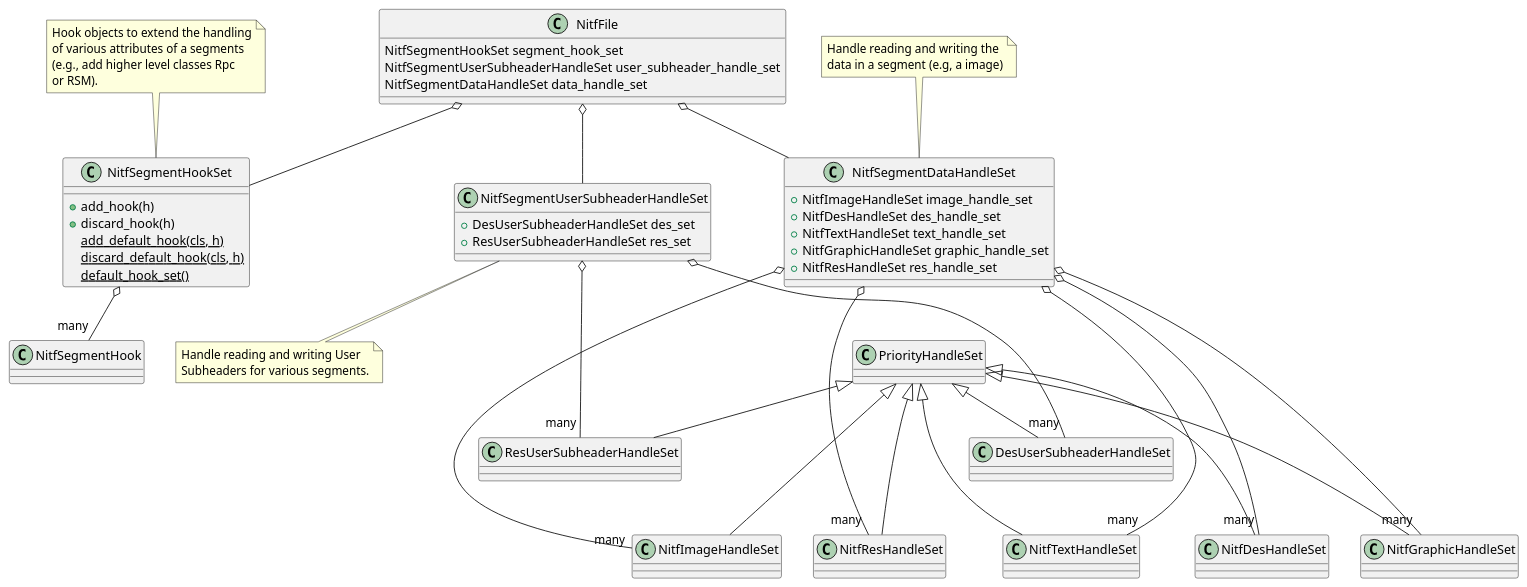
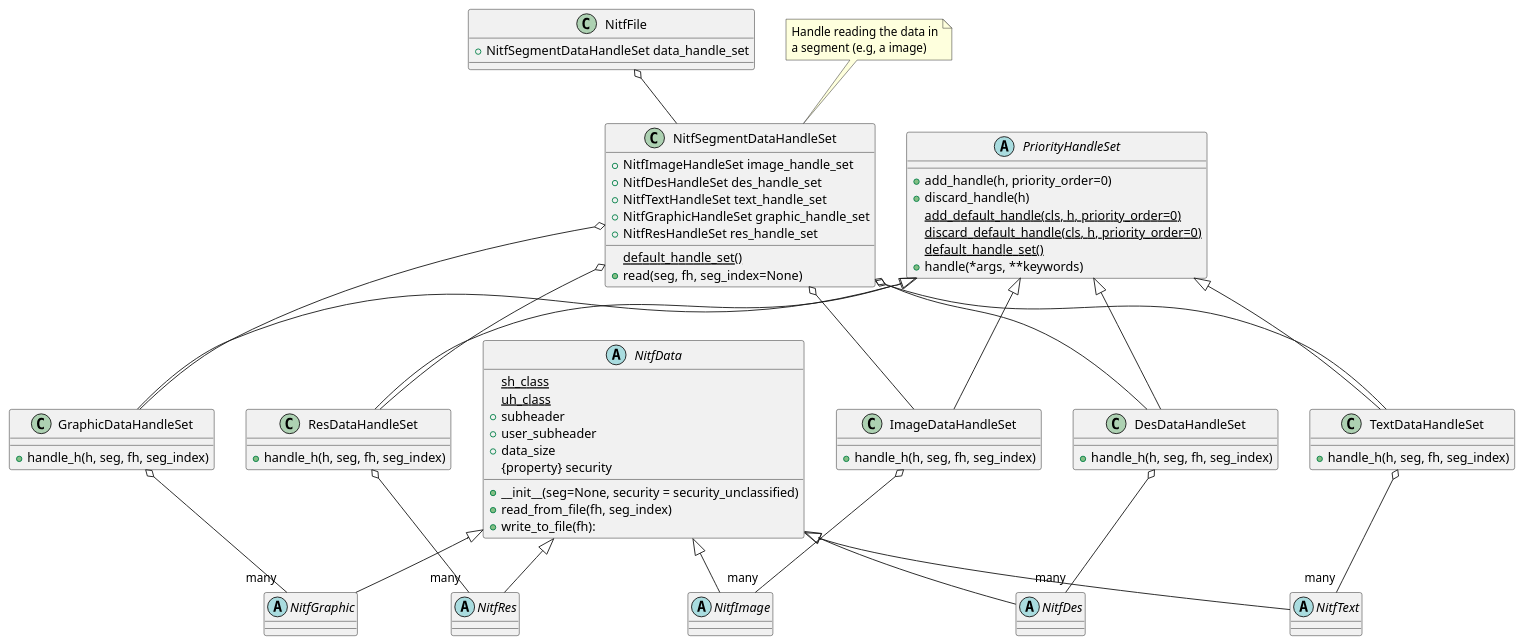
The fifth of 6 diagrams in doc/nitf_file.rst (Cartography-jpl/pynitf), drawn with PlantUML before and after one commit. The commit also changed 8 other files, not shown here.

```diff
--- a/doc/nitf_file.rst
+++ b/doc/nitf_file.rst
@@ -338,82 +339,92 @@
    :caption: NitfSegmentDataHandleSet
 
    class NitfFile {
-      NitfSegmentHookSet segment_hook_set
-      NitfSegmentUserSubheaderHandleSet user_subheader_handle_set
-      NitfSegmentDataHandleSet data_handle_set
+      +NitfSegmentDataHandleSet data_handle_set
    }
 
-   class NitfSegmentHookSet {
-      +add_hook(h)
-      +discard_hook(h)
-      {static} add_default_hook(cls, h)
-      {static} discard_default_hook(cls, h)
-      {static} default_hook_set()
-      }
-   note top
-     Hook objects to extend the handling
-     of various attributes of a segments
-     (e.g., add higher level classes Rpc
-     or RSM).
-   end note
-
-   class NitfSegmentHook
-   
-   class NitfSegmentUserSubheaderHandleSet {
-      +DesUserSubheaderHandleSet des_set
-      +ResUserSubheaderHandleSet res_set
-   }
-   note bottom
-      Handle reading and writing User 
-      Subheaders for various segments.
-   end note
-
-   class PriorityHandleSet
-
-   class DesUserSubheaderHandleSet
-   
-   class ResUserSubheaderHandleSet
-   
    class NitfSegmentDataHandleSet {
      +NitfImageHandleSet image_handle_set
      +NitfDesHandleSet des_handle_set
      +NitfTextHandleSet text_handle_set
      +NitfGraphicHandleSet graphic_handle_set
      +NitfResHandleSet res_handle_set
+     {static} default_handle_set()
+     +read(seg, fh, seg_index=None)
    }
    note top
-      Handle reading and writing the
-      data in a segment (e.g, a image)
+      Handle reading the data in
+      a segment (e.g, a image)
    end note
 
-   class NitfImageHandleSet
-   class NitfDesHandleSet
-   class NitfTextHandleSet
-   class NitfGraphicHandleSet
-   class NitfResHandleSet 
+   abstract class PriorityHandleSet {
+      +add_handle(h, priority_order=0)
+      +discard_handle(h)
+      {static} add_default_handle(cls, h, priority_order=0)
+      {static} discard_default_handle(cls, h, priority_order=0)
+      {static} default_handle_set()
+      +handle(*args, **keywords)
+   }
    
-   NitfFile o--  NitfSegmentHookSet
-   NitfFile o--  NitfSegmentUserSubheaderHandleSet
+   class ImageDataHandleSet {
+      +handle_h(h, seg, fh, seg_index)
+   }
+   
+   class DesDataHandleSet {
+      +handle_h(h, seg, fh, seg_index)
+   }
+   
+   class TextDataHandleSet {
+      +handle_h(h, seg, fh, seg_index)
+   }
+   
+   class GraphicDataHandleSet {
+      +handle_h(h, seg, fh, seg_index)
+   }
+   
+   class ResDataHandleSet  {
+      +handle_h(h, seg, fh, seg_index)
+   }
+   
+   abstract class NitfData {
+      {static} sh_class
+      {static} uh_class
+      +subheader
+      +user_subheader
+      +data_size
+      +__init__(seg=None, security = security_unclassified)
+      +read_from_file(fh, seg_index)
+      +write_to_file(fh):
+      {property} security
+   }
+
+   abstract class NitfImage
+   abstract class NitfDes
+   abstract class NitfText
+   abstract class NitfGraphic
+   abstract class NitfRes
+
    NitfFile o--  NitfSegmentDataHandleSet
-   NitfSegmentHookSet o-- "many" NitfSegmentHook
-   NitfSegmentUserSubheaderHandleSet o-- "many" DesUserSubheaderHandleSet
-   NitfSegmentUserSubheaderHandleSet o-- "many" ResUserSubheaderHandleSet
-   NitfSegmentDataHandleSet o-- "many" NitfImageHandleSet
-   NitfSegmentDataHandleSet o-- "many" NitfDesHandleSet
-   NitfSegmentDataHandleSet o-- "many" NitfTextHandleSet
-   NitfSegmentDataHandleSet o-- "many" NitfGraphicHandleSet
-   NitfSegmentDataHandleSet o-- "many" NitfResHandleSet
-   NitfSegmentUserSubheaderHandleSet -[hidden]- PriorityHandleSet
-   NitfSegmentDataHandleSet -[hidden]- PriorityHandleSet
-   DesUserSubheaderHandleSet -[hidden]- NitfImageHandleSet
-   DesUserSubheaderHandleSet -[hidden]- NitfDesHandleSet
-   DesUserSubheaderHandleSet -[hidden]- NitfTextHandleSet
-   DesUserSubheaderHandleSet -[hidden]- NitfGraphicHandleSet
-   DesUserSubheaderHandleSet -[hidden]- NitfResHandleSet
-   PriorityHandleSet <|-- DesUserSubheaderHandleSet
-   PriorityHandleSet <|-- ResUserSubheaderHandleSet
-   PriorityHandleSet <|-- NitfImageHandleSet
-   PriorityHandleSet <|-- NitfDesHandleSet
-   PriorityHandleSet <|-- NitfTextHandleSet
-   PriorityHandleSet <|-- NitfGraphicHandleSet
-   PriorityHandleSet <|-- NitfResHandleSet
+   NitfSegmentDataHandleSet o-- ImageDataHandleSet
+   ImageDataHandleSet o-- "many" NitfImage
+   PriorityHandleSet <|-- ImageDataHandleSet
+   NitfData <|-- NitfImage
+
+   NitfSegmentDataHandleSet o-- DesDataHandleSet
+   DesDataHandleSet o-- "many" NitfDes
+   PriorityHandleSet <|-- DesDataHandleSet
+   NitfData <|-- NitfDes
+
+   NitfSegmentDataHandleSet o-- TextDataHandleSet
+   TextDataHandleSet o-- "many" NitfText
+   PriorityHandleSet <|-- TextDataHandleSet
+   NitfData <|-- NitfText
+   
+   NitfSegmentDataHandleSet o-- GraphicDataHandleSet
+   GraphicDataHandleSet o-- "many" NitfGraphic
+   PriorityHandleSet <|-- GraphicDataHandleSet
+   NitfData <|-- NitfGraphic
+
+   NitfSegmentDataHandleSet o-- ResDataHandleSet
+   ResDataHandleSet o-- "many" NitfRes
+   PriorityHandleSet <|-- ResDataHandleSet
+   NitfData <|-- NitfRes
```
